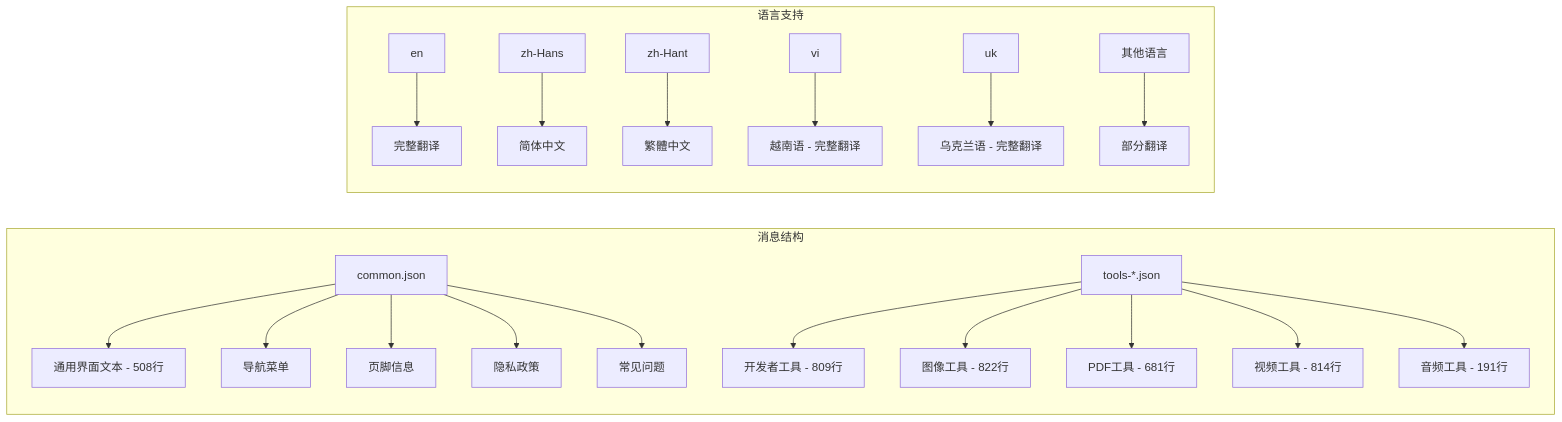
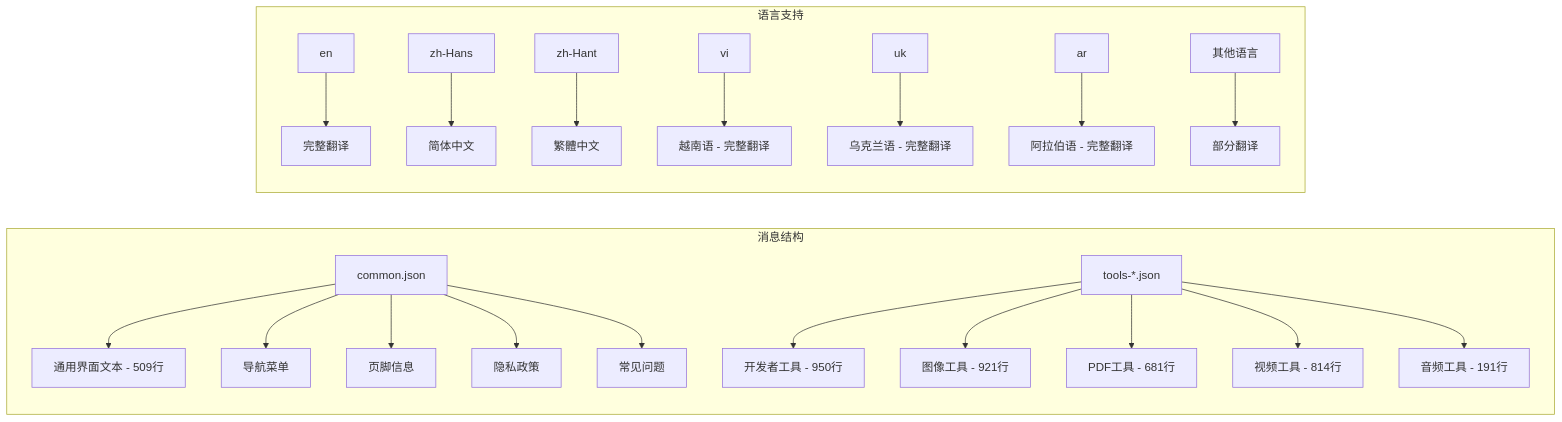
The fifth of 13 diagrams in .qoder/repowiki/zh/content/技术架构/国际化系统.md (sgyy/privadeck), drawn with Mermaid before and after one commit. The commit also changed other lines of this file and 2 other files, not shown here.

````diff
--- a/.qoder/repowiki/zh/content/技术架构/国际化系统.md
+++ b/.qoder/repowiki/zh/content/技术架构/国际化系统.md
@@ -332,23 +341,24 @@
 ```mermaid
 graph LR
 subgraph "消息结构"
-A[common.json] --> A1[通用界面文本 - 508行]
+A[common.json] --> A1[通用界面文本 - 509行]
 A --> A2[导航菜单]
 A --> A3[页脚信息]
 A --> A4[隐私政策]
 A --> A5[常见问题]
-B[tools-*.json] --> B1[开发者工具 - 809行]
-B --> B2[图像工具 - 822行]
+B[tools-*.json] --> B1[开发者工具 - 950行]
+B --> B2[图像工具 - 921行]
 B --> B3[PDF工具 - 681行]
 B --> B4[视频工具 - 814行]
 B --> B5[音频工具 - 191行]
 end
 subgraph "语言支持"
 C[en] --> C1[完整翻译]
 D[zh-Hans] --> D1[简体中文]
 E[zh-Hant] --> E1[繁體中文]
 F[vi] --> F1[越南语 - 完整翻译]
 G[uk] --> G1[乌克兰语 - 完整翻译]
-H[其他语言] --> H1[部分翻译]
+H[ar] --> H1[阿拉伯语 - 完整翻译]
+I[其他语言] --> I1[部分翻译]
 end
 ```
````
